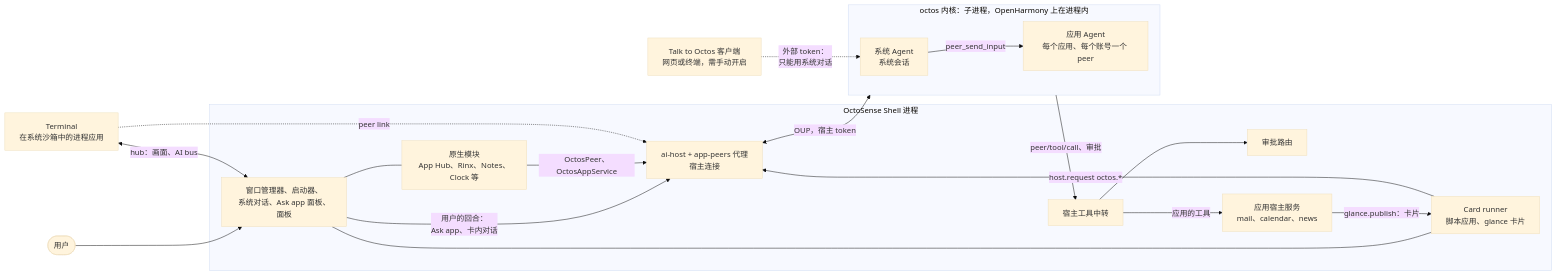
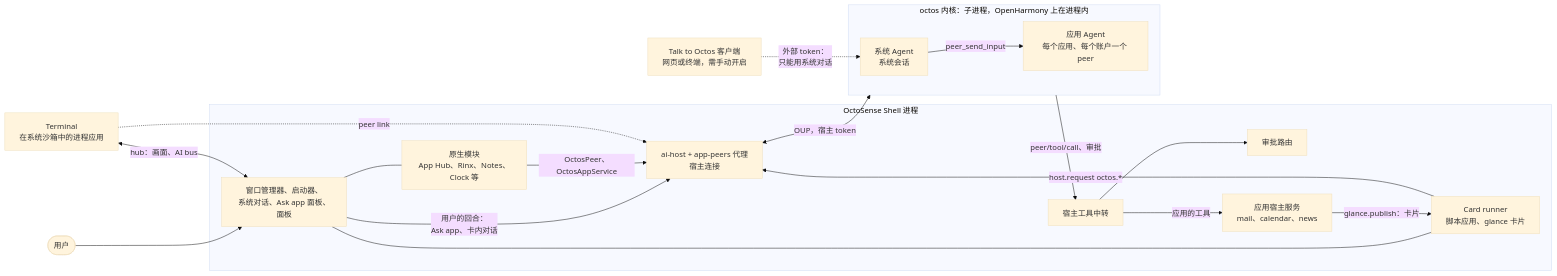
One commit to OctoSense-org/OctoSense changed the first of 4 diagrams in README.zh-CN.md. Above: the diagram before and after it, drawn with Mermaid (base theme). The commit also changed other lines of this file and 7 other files, not shown here.

````diff
--- a/README.zh-CN.md
+++ b/README.zh-CN.md
@@ -55,34 +55,34 @@
 ```mermaid
 flowchart LR
   person(["用户"])
   ext["Talk to Octos 客户端<br/>网页或终端，需手动开启"]
   subgraph shellp["OctoSense Shell 进程"]
     ui["窗口管理器、启动器、<br/>系统对话、Ask app 面板、面板"]
     mods["原生模块<br/>App Hub、Rinx、Notes、Clock 等"]
     runner["Card runner<br/>脚本应用、glance 卡片"]
     aihost["ai-host + app-peers 代理<br/>宿主连接"]
     relay["宿主工具中转"]
     router["审批路由"]
     svc["应用宿主服务<br/>mail、calendar、news"]
   end
   term["Terminal<br/>在系统沙箱中的进程应用"]
   subgraph kern["octos 内核：子进程，OpenHarmony 上在进程内"]
     sys["系统 Agent<br/>系统会话"]
-    peers["应用 Agent<br/>每个应用、每个账号一个 peer"]
+    peers["应用 Agent<br/>每个应用、每个账户一个 peer"]
   end
   person --> ui
   ui --- mods
   ui --- runner
   ui -->|"用户的回合：<br/>Ask app、卡内对话"| aihost
   mods -->|"OctosPeer、OctosAppService"| aihost
   runner -->|"host.request octos.*"| aihost
   term <-->|"hub：画面、AI bus"| ui
   term -.->|"peer link"| aihost
   aihost <-->|"OUP，宿主 token"| kern
   sys -->|"peer_send_input"| peers
   kern -->|"peer/tool/call、审批"| relay
   relay --> router
   relay -->|"应用的工具"| svc
   svc -->|"glance.publish：卡片"| runner
   ext -.->|"外部 token：<br/>只能用系统对话"| sys
 ```
````
